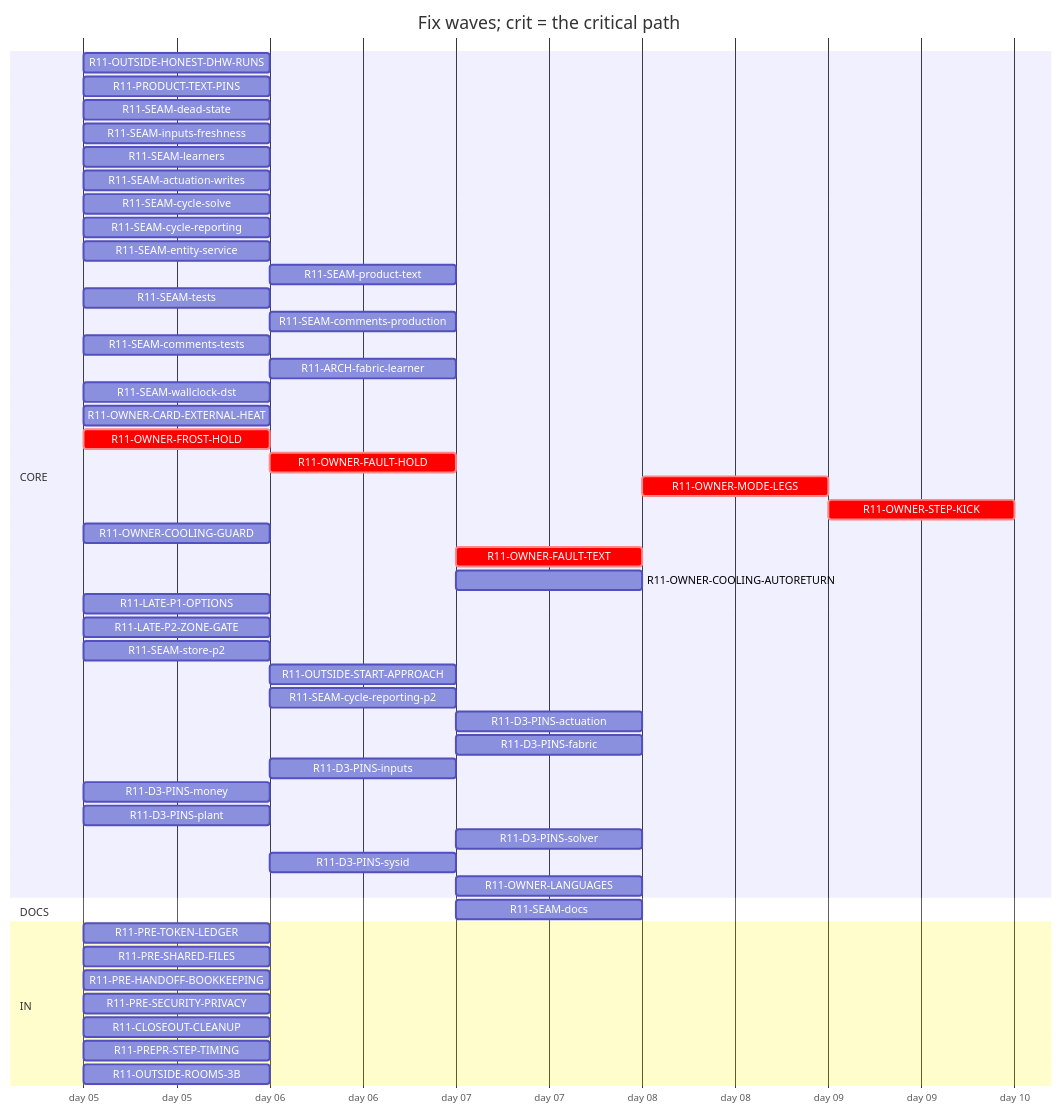
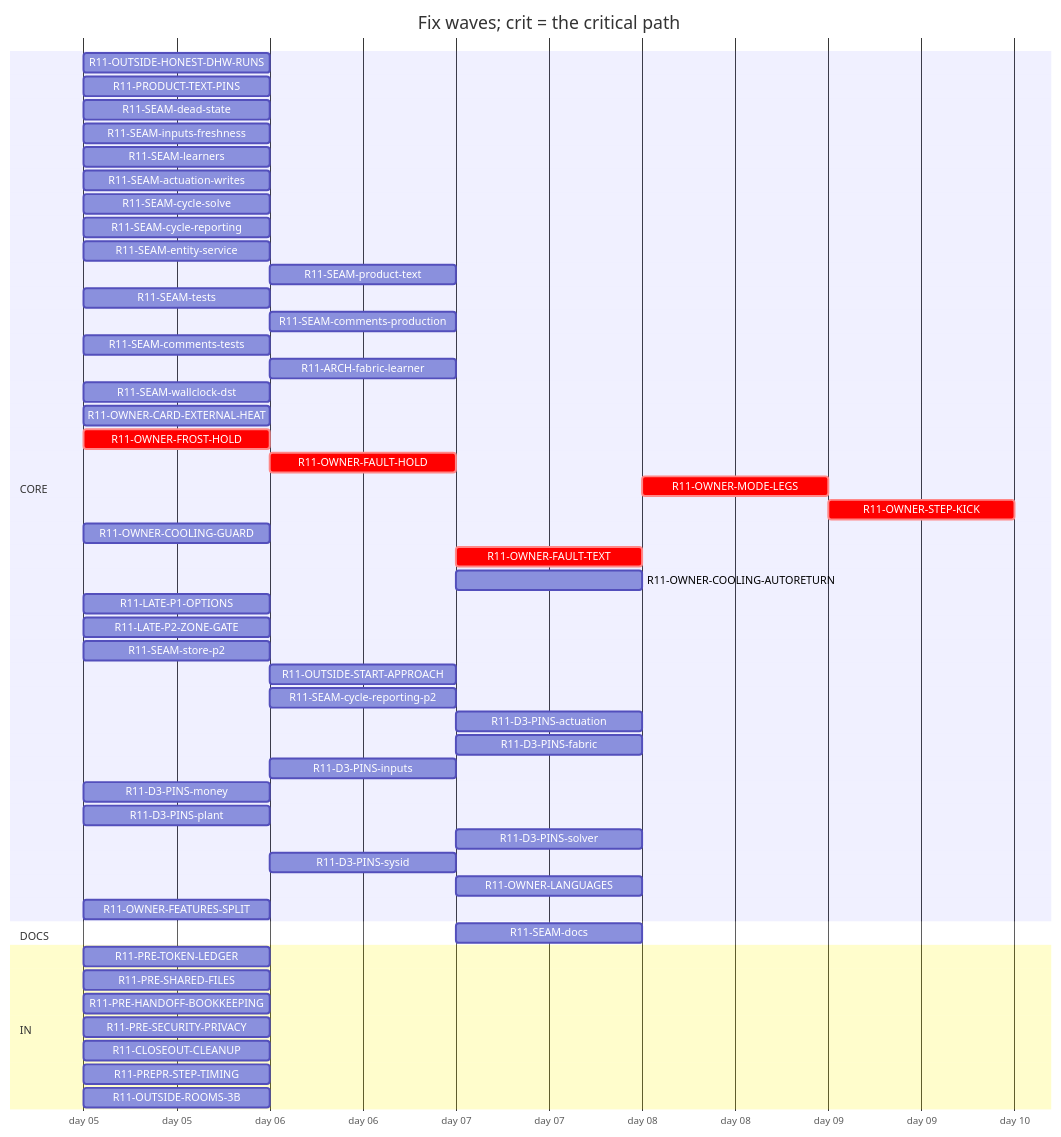
The diagram in handoff/round11/state/PLAN-TABLE.md (tvofi/heatpump_optimizer), drawn with Mermaid before and after one commit. The commit also changed other lines of this file and 4 other files, not shown here.

Commit message:
state: FLOW-BOARD.md, NEXT-SESSION-PROMPT.md, PLAN-TABLE.md, PLAN.html, RESUME-CURRENT.md regenerated (state_docs.py)

````diff
--- a/handoff/round11/state/PLAN-TABLE.md
+++ b/handoff/round11/state/PLAN-TABLE.md
@@ -16,53 +16,54 @@
 ```mermaid
 gantt
   title Fix waves; crit = the critical path
   dateFormat YYYY-MM-DD
   axisFormat day %d
   section CORE
     R11-OUTSIDE-HONEST-DHW-RUNS :r11OUTSIDEHONESTDHWRUNS, 2026-01-05, 1d
     R11-PRODUCT-TEXT-PINS :r11PRODUCTTEXTPINS, 2026-01-05, 1d
     R11-SEAM-dead-state :r11SEAMdeadstate, 2026-01-05, 1d
     R11-SEAM-inputs-freshness :r11SEAMinputsfreshness, 2026-01-05, 1d
     R11-SEAM-learners :r11SEAMlearners, 2026-01-05, 1d
     R11-SEAM-actuation-writes :r11SEAMactuationwrites, 2026-01-05, 1d
     R11-SEAM-cycle-solve :r11SEAMcyclesolve, 2026-01-05, 1d
     R11-SEAM-cycle-reporting :r11SEAMcyclereporting, 2026-01-05, 1d
     R11-SEAM-entity-service :r11SEAMentityservice, 2026-01-05, 1d
     R11-SEAM-product-text :r11SEAMproducttext, after r11SEAMactuationwrites r11SEAMentityservice r11SEAMinputsfreshness r11SEAMcyclesolve r11SEAMcyclereporting, 1d
     R11-SEAM-tests :r11SEAMtests, 2026-01-05, 1d
     R11-SEAM-comments-production :r11SEAMcommentsproduction, after r11SEAMactuationwrites r11SEAMentityservice r11SEAMinputsfreshness r11SEAMcyclesolve r11SEAMcyclereporting, 1d
     R11-SEAM-comments-tests :r11SEAMcommentstests, 2026-01-05, 1d
     R11-ARCH-fabric-learner :r11ARCHfabriclearner, after r11SEAMlearners, 1d
     R11-SEAM-wallclock-dst :r11SEAMwallclockdst, 2026-01-05, 1d
     R11-OWNER-CARD-EXTERNAL-HEAT :r11OWNERCARDEXTERNALHEAT, 2026-01-05, 1d
     R11-OWNER-FROST-HOLD :crit, r11OWNERFROSTHOLD, 2026-01-05, 1d
     R11-OWNER-FAULT-HOLD :crit, r11OWNERFAULTHOLD, after r11OWNERFROSTHOLD, 1d
     R11-OWNER-MODE-LEGS :crit, r11OWNERMODELEGS, after r11OWNERFAULTTEXT, 1d
     R11-OWNER-STEP-KICK :crit, r11OWNERSTEPKICK, after r11OWNERMODELEGS, 1d
     R11-OWNER-COOLING-GUARD :r11OWNERCOOLINGGUARD, 2026-01-05, 1d
     R11-OWNER-FAULT-TEXT :crit, r11OWNERFAULTTEXT, after r11OWNERFAULTHOLD, 1d
     R11-OWNER-COOLING-AUTORETURN :r11OWNERCOOLINGAUTORETURN, after r11OWNERCOOLINGGUARD r11OWNERFAULTHOLD, 1d
     R11-LATE-P1-OPTIONS :r11LATEP1OPTIONS, 2026-01-05, 1d
     R11-LATE-P2-ZONE-GATE :r11LATEP2ZONEGATE, 2026-01-05, 1d
     R11-SEAM-store-p2 :r11SEAMstorep2, 2026-01-05, 1d
     R11-OUTSIDE-START-APPROACH :r11OUTSIDESTARTAPPROACH, after r11OUTSIDEHONESTDHWRUNS r11SEAMlearners, 1d
     R11-SEAM-cycle-reporting-p2 :r11SEAMcyclereportingp2, after r11SEAMcyclereporting r11SEAMactuationwrites r11SEAMlearners, 1d
     R11-D3-PINS-actuation :r11D3PINSactuation, after r11SEAMactuationwrites r11OWNERFAULTHOLD, 1d
     R11-D3-PINS-fabric :r11D3PINSfabric, after r11ARCHfabriclearner r11SEAMcyclereporting r11OUTSIDESTARTAPPROACH, 1d
     R11-D3-PINS-inputs :r11D3PINSinputs, after r11SEAMinputsfreshness, 1d
     R11-D3-PINS-money :r11D3PINSmoney, 2026-01-05, 1d
     R11-D3-PINS-plant :r11D3PINSplant, 2026-01-05, 1d
     R11-D3-PINS-solver :r11D3PINSsolver, after r11OUTSIDESTARTAPPROACH r11SEAMcyclereporting, 1d
     R11-D3-PINS-sysid :r11D3PINSsysid, after r11SEAMlearners, 1d
     R11-OWNER-LANGUAGES :r11OWNERLANGUAGES, after r11SEAMproducttext, 1d
+    R11-OWNER-FEATURES-SPLIT :r11OWNERFEATURESSPLIT, 2026-01-05, 1d
   section DOCS
     R11-SEAM-docs :r11SEAMdocs, after r11SEAMlearners r11SEAMactuationwrites r11SEAMentityservice r11SEAMinputsfreshness r11SEAMcyclesolve r11SEAMcyclereporting r11SEAMproducttext, 1d
   section IN
     R11-PRE-TOKEN-LEDGER :r11PRETOKENLEDGER, 2026-01-05, 1d
     R11-PRE-SHARED-FILES :r11PRESHAREDFILES, 2026-01-05, 1d
     R11-PRE-HANDOFF-BOOKKEEPING :r11PREHANDOFFBOOKKEEPING, 2026-01-05, 1d
     R11-PRE-SECURITY-PRIVACY :r11PRESECURITYPRIVACY, 2026-01-05, 1d
     R11-CLOSEOUT-CLEANUP :r11CLOSEOUTCLEANUP, 2026-01-05, 1d
     R11-PREPR-STEP-TIMING :r11PREPRSTEPTIMING, 2026-01-05, 1d
     R11-OUTSIDE-ROOMS-3B :r11OUTSIDEROOMS3B, 2026-01-05, 1d
 ```
````
